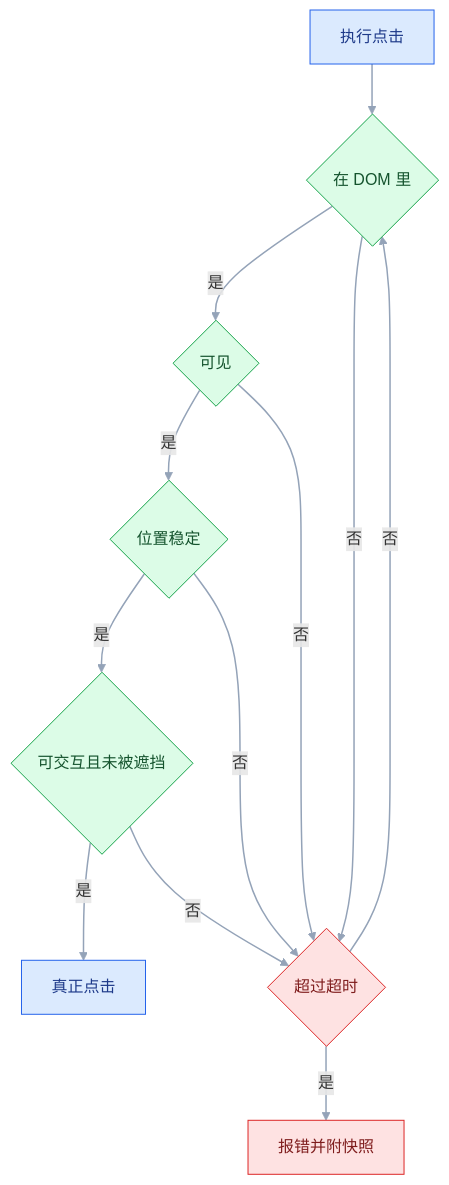
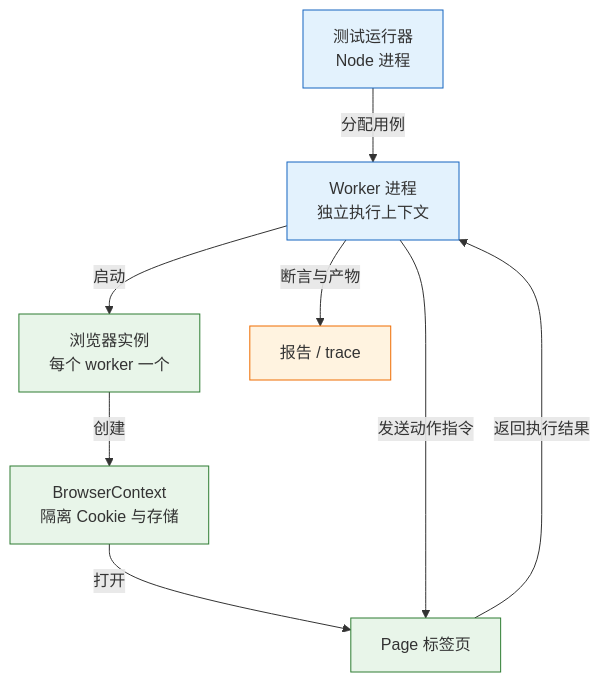
One commit to jimbosuper/studynotes changed the second of 3 diagrams in blog/src/notes/06-测试/03-接口与E2E测试/02-E2E测试.md. Above: the diagram before and after it, drawn with Mermaid. The commit also changed other lines of this file and 367 other files, not shown here.

````diff
--- a/blog/src/notes/06-测试/03-接口与E2E测试/02-E2E测试.md
+++ b/blog/src/notes/06-测试/03-接口与E2E测试/02-E2E测试.md
@@ -582,20 +201,16 @@
 ```mermaid
 flowchart TD
-    classDef client fill:#DBEAFE,stroke:#2563EB,color:#1E3A8A
-    classDef service fill:#DCFCE7,stroke:#16A34A,color:#14532D
-    classDef data fill:#FEF3C7,stroke:#D97706,color:#78350F
-    classDef danger fill:#FEE2E2,stroke:#DC2626,color:#7F1D1D
-
-    A["执行点击"]:::client --> B{"在 DOM 里"}:::service
-    B -->|"是"| C{"可见"}:::service
-    C -->|"是"| D{"位置稳定"}:::service
-    D -->|"是"| E{"可交互且未被遮挡"}:::service
-    E -->|"是"| F["真正点击"]:::client
-    B -->|"否"| T{"超过超时"}:::danger
-    C -->|"否"| T
-    D -->|"否"| T
-    E -->|"否"| T
-    T -->|"否"| B
-    T -->|"是"| X["报错并附快照"]:::danger
-    linkStyle default stroke:#94A3B8,stroke-width:1.5px
+    R["测试运行器<br/>Node 进程"] -->|"分配用例"| W["Worker 进程<br/>独立执行上下文"]
+    W -->|"启动"| B["浏览器实例<br/>每个 worker 一个"]
+    B -->|"创建"| C["BrowserContext<br/>隔离 Cookie 与存储"]
+    C -->|"打开"| P["Page 标签页"]
+    W -->|"发送动作指令"| P
+    P -->|"返回执行结果"| W
+    W -->|"断言与产物"| O["报告 / trace"]
+    classDef client fill:#e3f2fd,stroke:#1565c0;
+    classDef engine fill:#e8f5e9,stroke:#2e7d32;
+    classDef image fill:#fff3e0,stroke:#ef6c00;
+    class R,W client
+    class B,C,P engine
+    class O image
 ```
````
